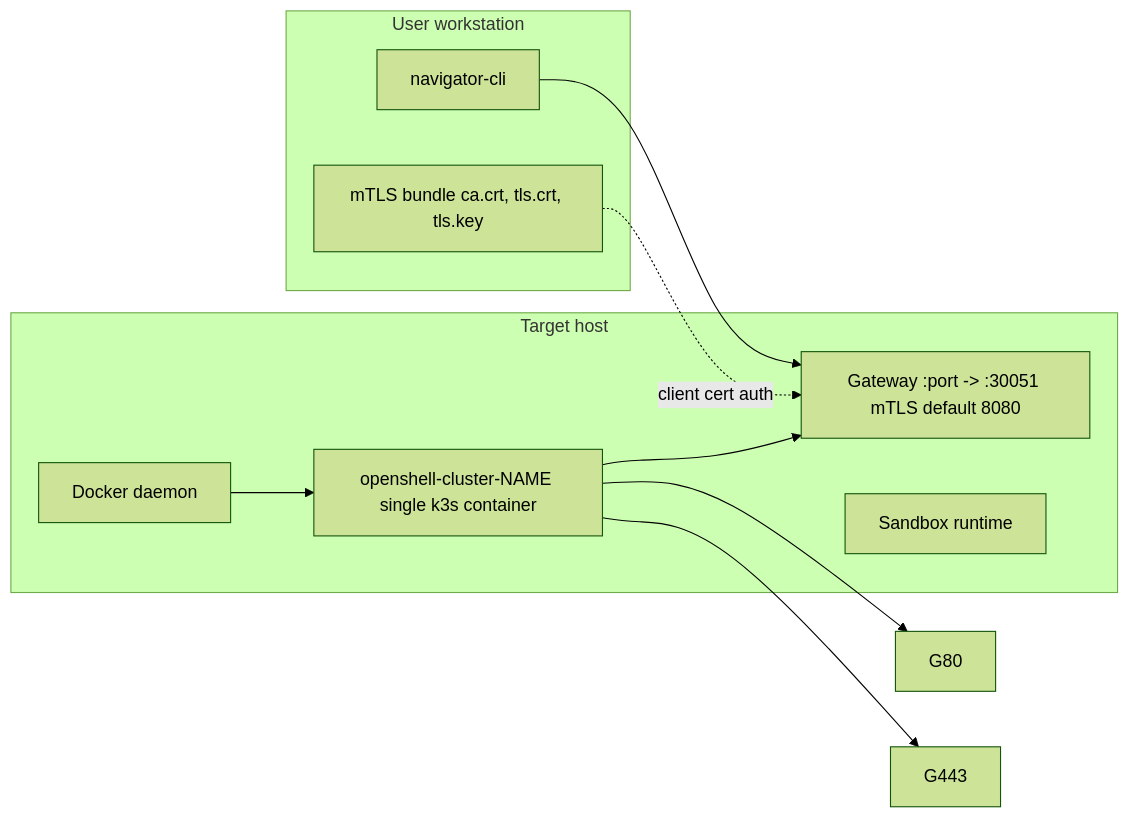
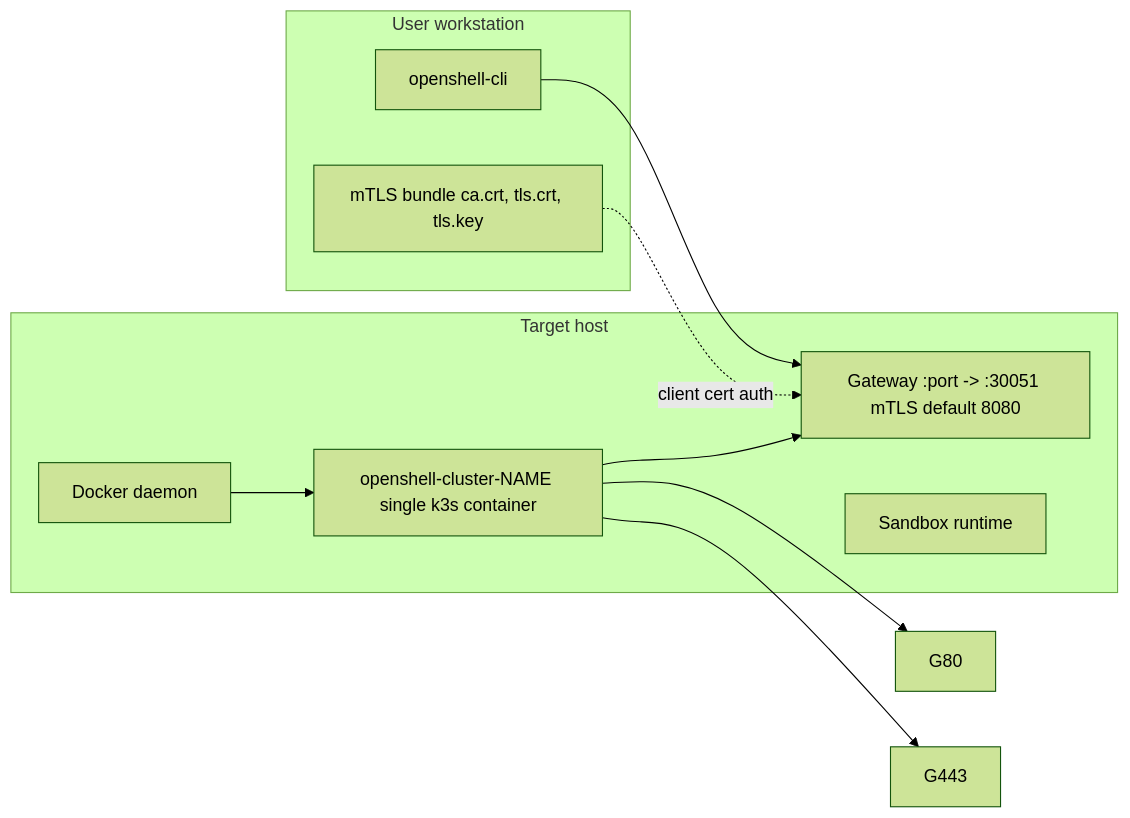
One commit to NVIDIA/OpenShell changed the second of 3 diagrams in architecture/gateway-single-node.md. Above: the diagram before and after it, drawn with Mermaid (forest theme). The commit also changed other lines of this file and 283 other files, not shown here.

First line of the commit message:
refactor: rename navigator- crate prefix to openshell-

````diff
--- a/architecture/gateway-single-node.md
+++ b/architecture/gateway-single-node.md
@@ -110,22 +110,22 @@
 ```mermaid
 flowchart LR
   subgraph WS[User workstation]
-    NAV[navigator-cli]
+    NAV[openshell-cli]
     MTLS[mTLS bundle ca.crt, tls.crt, tls.key]
   end
 
   subgraph HOST[Target host]
     DOCKER[Docker daemon]
     K3S[openshell-cluster-NAME single k3s container]
     G8080[Gateway :port -> :30051 mTLS default 8080]
     SBX[Sandbox runtime]
   end
 
   NAV --> G8080
   MTLS -. client cert auth .-> G8080
 
   DOCKER --> K3S
   K3S --> G8080
   K3S --> G80
   K3S --> G443
 ```
````
